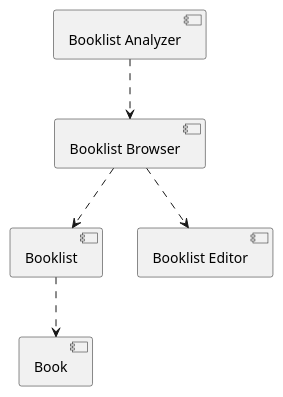
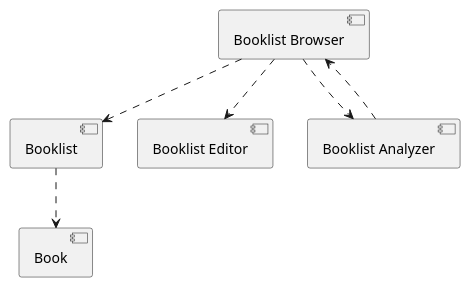
One commit to andysylvester/federated-bookshelves changed the diagram in domain/example-uml.iuml. Above: the diagram before and after it, drawn with PlantUML.

```diff
--- a/domain/example-uml.iuml
+++ b/domain/example-uml.iuml
@@ -1,15 +1,16 @@
 @startuml
 
 component [Booklist]
 component [Book]
 component [Booklist Browser]
 component [Booklist Editor]
 component [Booklist Analyzer]
 
 [Booklist] ..> [Book]
 [Booklist Browser] ..> [Booklist Editor]
 [Booklist Browser] ..> [Booklist]
 [Booklist Analyzer] ..> [Booklist Browser]
+[Booklist Browser] ..> [Booklist Analyzer]
 
 
 @enduml
```
